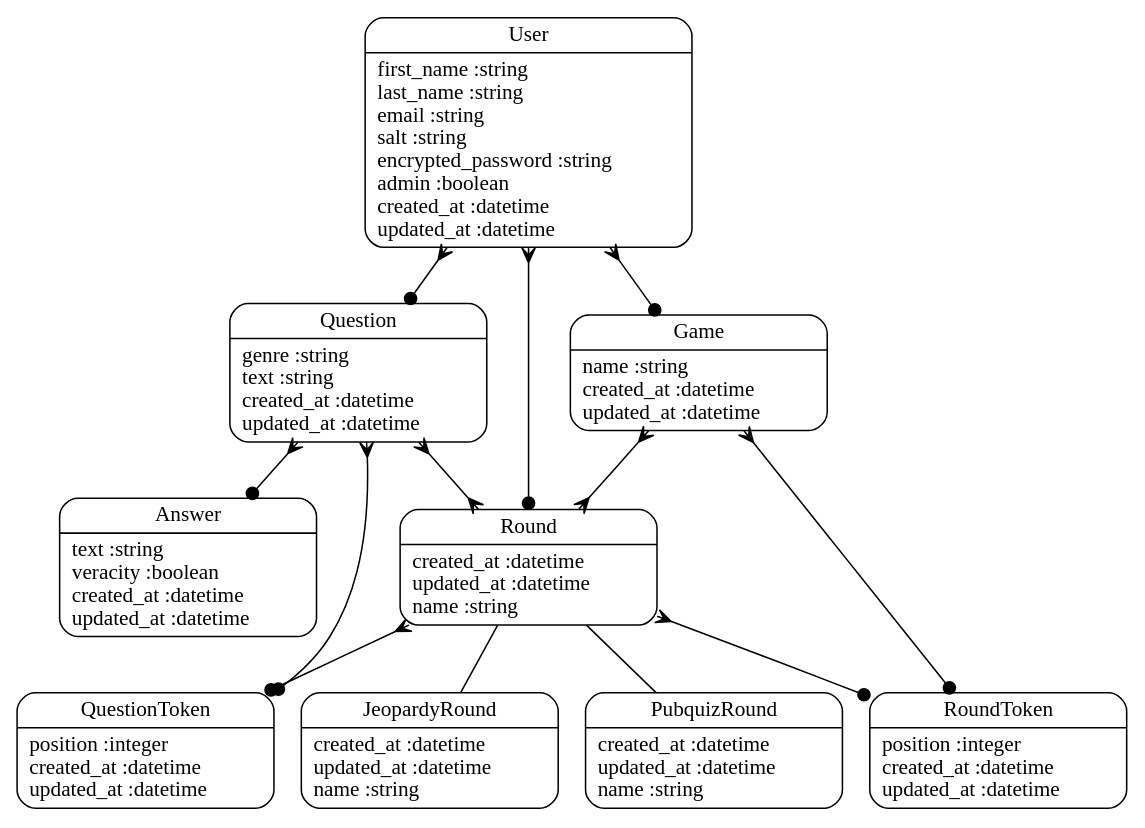
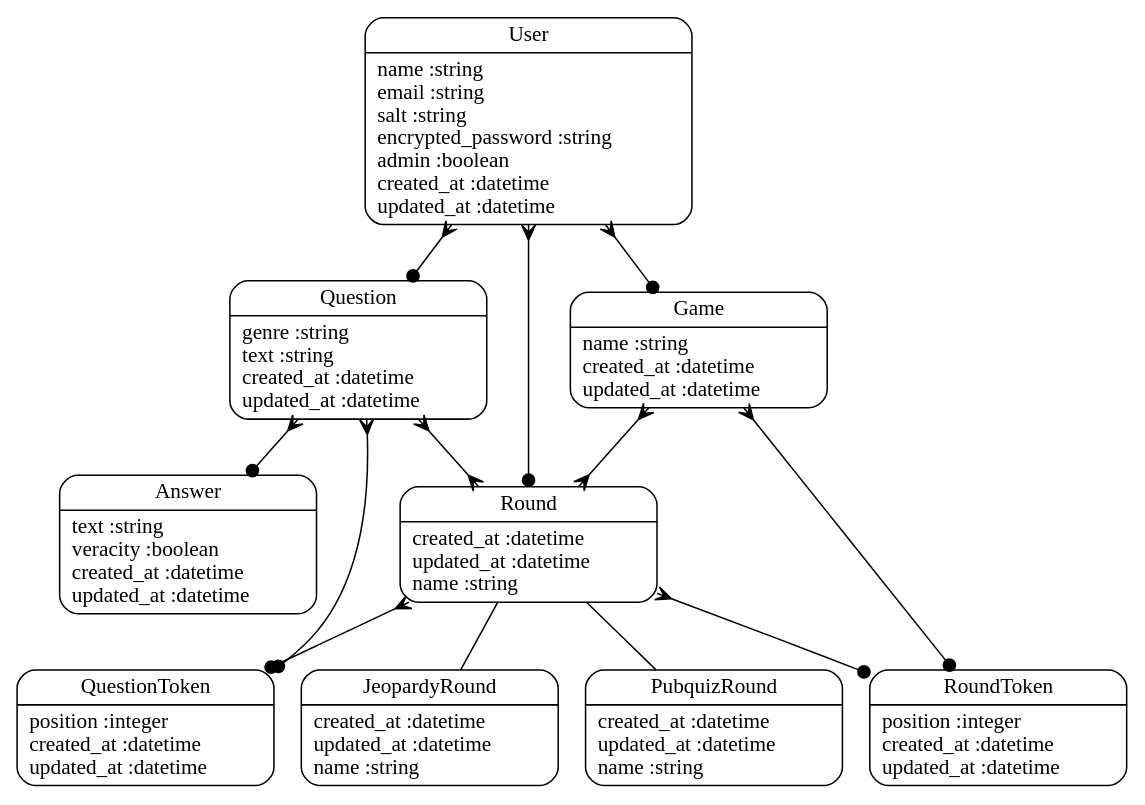
One commit to griswoldbar/Kwisatz changed the diagram in models.dot. Above: the diagram before and after it, drawn with Graphviz. The commit also changed 71 other files, not shown here.

```diff
--- a/models.dot
+++ b/models.dot
@@ -1,24 +1,24 @@
 digraph models_diagram {
 	graph[overlap=false, splines=true]
 	"Answer" [shape=Mrecord, label="{Answer|text :string\lveracity :boolean\lcreated_at :datetime\lupdated_at :datetime\l}"]
 	"Game" [shape=Mrecord, label="{Game|name :string\lcreated_at :datetime\lupdated_at :datetime\l}"]
 	"JeopardyRound" [shape=Mrecord, label="{JeopardyRound|created_at :datetime\lupdated_at :datetime\lname :string\l}"]
 	"PubquizRound" [shape=Mrecord, label="{PubquizRound|created_at :datetime\lupdated_at :datetime\lname :string\l}"]
 	"Question" [shape=Mrecord, label="{Question|genre :string\ltext :string\lcreated_at :datetime\lupdated_at :datetime\l}"]
 	"QuestionToken" [shape=Mrecord, label="{QuestionToken|position :integer\lcreated_at :datetime\lupdated_at :datetime\l}"]
 	"Round" [shape=Mrecord, label="{Round|created_at :datetime\lupdated_at :datetime\lname :string\l}"]
 	"RoundToken" [shape=Mrecord, label="{RoundToken|position :integer\lcreated_at :datetime\lupdated_at :datetime\l}"]
-	"User" [shape=Mrecord, label="{User|first_name :string\llast_name :string\lemail :string\lsalt :string\lencrypted_password :string\ladmin :boolean\lcreated_at :datetime\lupdated_at :datetime\l}"]
+	"User" [shape=Mrecord, label="{User|name :string\lemail :string\lsalt :string\lencrypted_password :string\ladmin :boolean\lcreated_at :datetime\lupdated_at :datetime\l}"]
 	"Game" -> "RoundToken" [arrowtail=crow, arrowhead=dot, dir=both]
 	"Game" -> "Round" [arrowtail=crow, arrowhead=crow, dir=both]
 	"Round" -> "JeopardyRound" [label="", arrowhead="none", arrowtail="onormal"]
 	"Round" -> "PubquizRound" [label="", arrowhead="none", arrowtail="onormal"]
 	"Question" -> "Answer" [arrowtail=crow, arrowhead=dot, dir=both]
 	"Question" -> "QuestionToken" [arrowtail=crow, arrowhead=dot, dir=both]
 	"Question" -> "Round" [arrowtail=crow, arrowhead=crow, dir=both]
 	"Round" -> "QuestionToken" [arrowtail=crow, arrowhead=dot, dir=both]
 	"Round" -> "RoundToken" [arrowtail=crow, arrowhead=dot, dir=both]
 	"User" -> "Game" [arrowtail=crow, arrowhead=dot, dir=both]
 	"User" -> "Round" [arrowtail=crow, arrowhead=dot, dir=both]
 	"User" -> "Question" [arrowtail=crow, arrowhead=dot, dir=both]
 }
```
